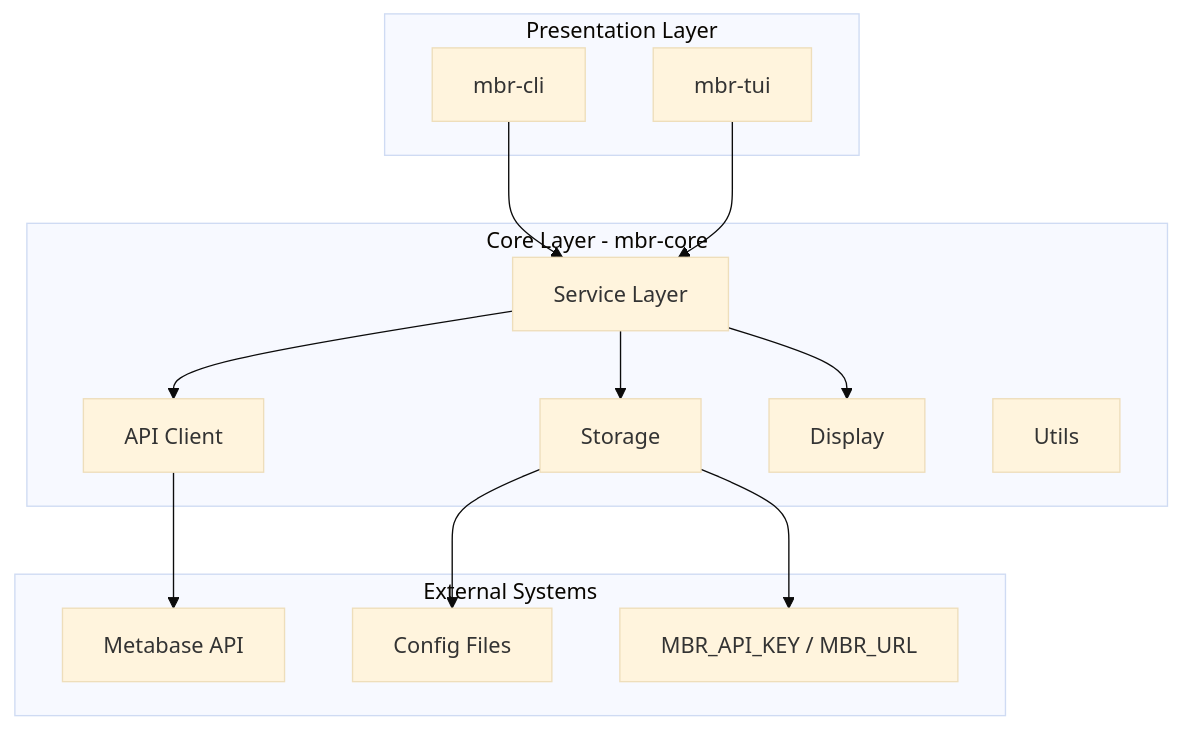
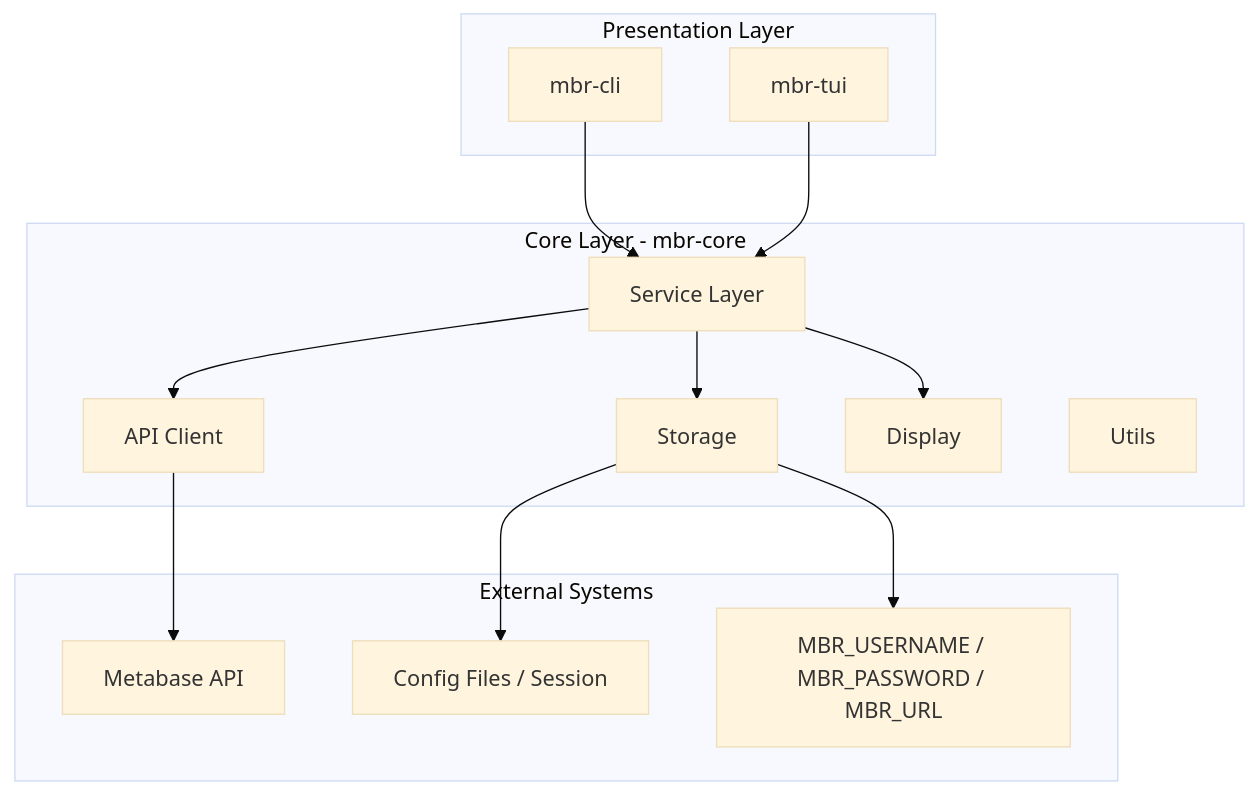
One commit to daisuke8000/mbr-cli changed the first of 8 diagrams in ARCHITECTURE.md. Above: the diagram before and after it, drawn with Mermaid (base theme). The commit also changed other lines of this file and 1 other file, not shown here.

First line of the commit message:
docs: align CLAUDE.md and ARCHITECTURE.md with session authentication (#74)

````diff
--- a/ARCHITECTURE.md
+++ b/ARCHITECTURE.md
@@ -5,32 +5,32 @@
 ```mermaid
 graph TB
     subgraph Presentation["Presentation Layer"]
         CLI[mbr-cli]
         TUI[mbr-tui]
     end
 
     subgraph Core["Core Layer - mbr-core"]
         Services[Service Layer]
         API[API Client]
         Storage[Storage]
         Display[Display]
         Utils[Utils]
     end
 
     subgraph External["External Systems"]
         Metabase[Metabase API]
-        FileSystem[Config Files]
-        EnvVar[MBR_API_KEY / MBR_URL]
+        FileSystem[Config Files / Session]
+        EnvVar[MBR_USERNAME / MBR_PASSWORD / MBR_URL]
     end
 
     CLI --> Services
     TUI --> Services
 
     Services --> API
     Services --> Storage
     Services --> Display
 
     API --> Metabase
     Storage --> FileSystem
     Storage --> EnvVar
 ```
````
